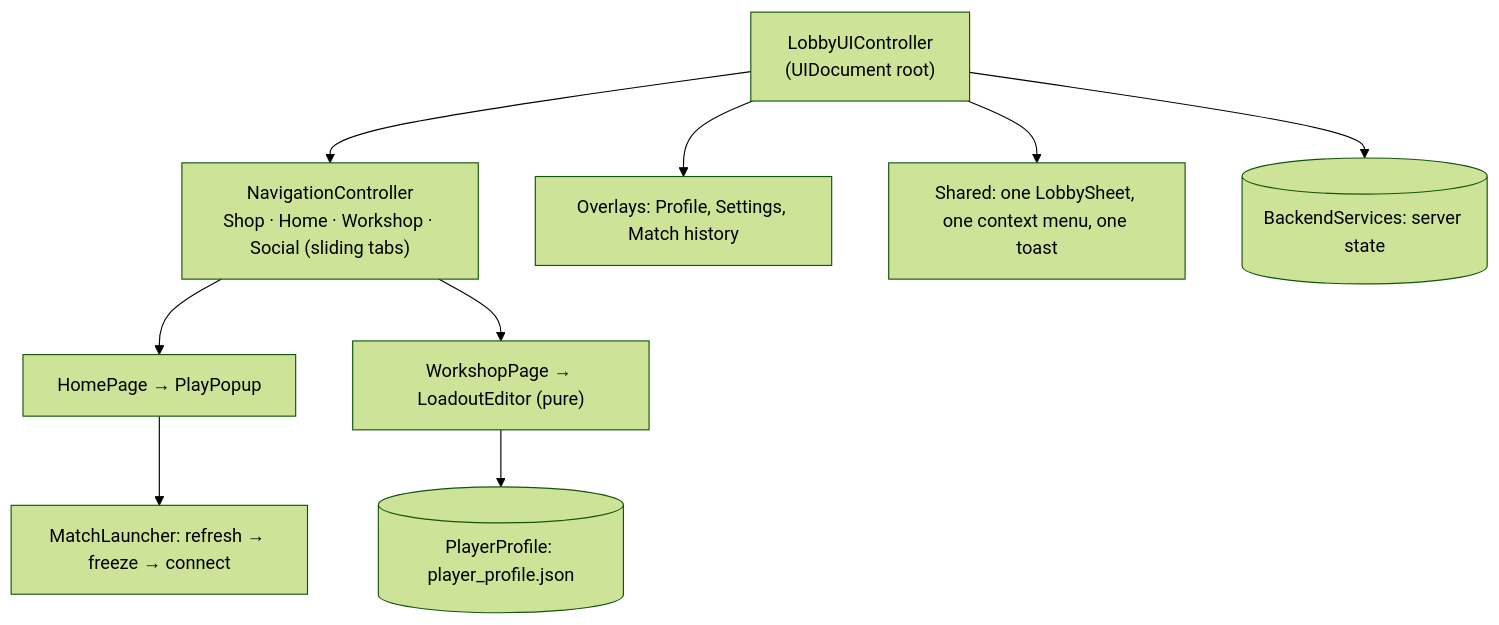
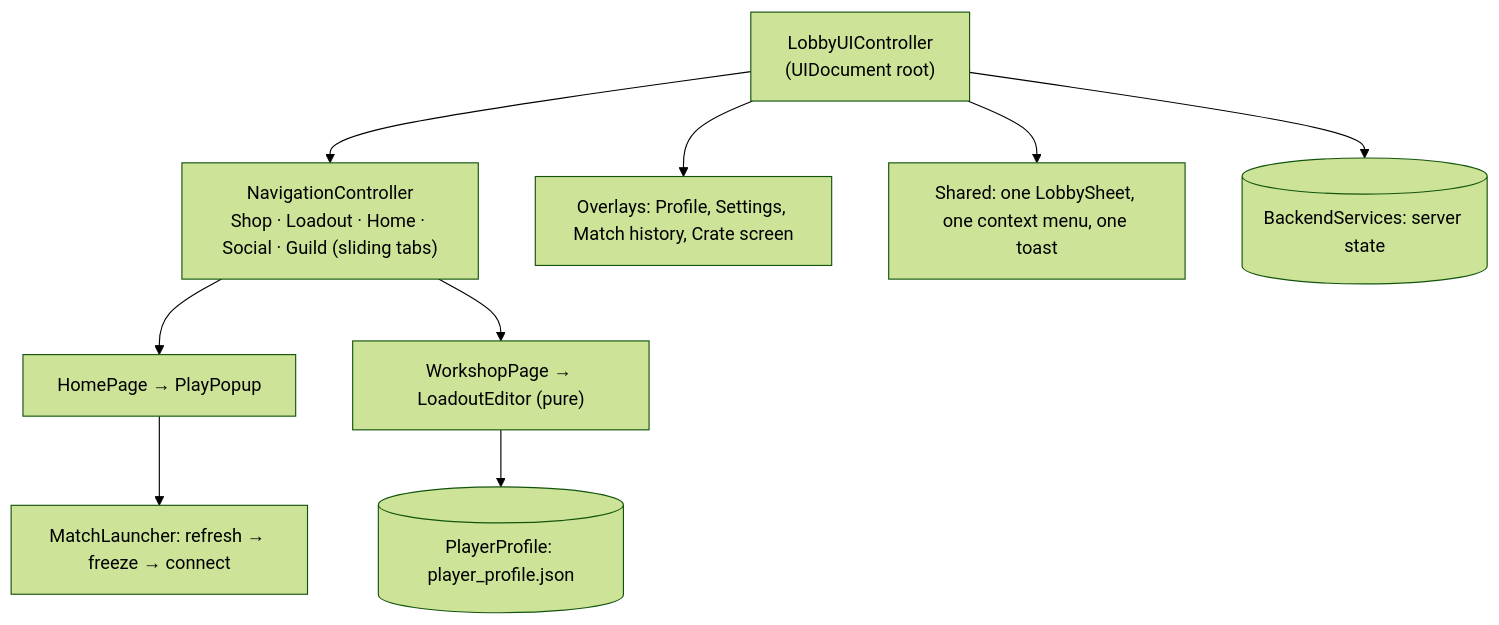
One commit to owen-donohoe/NodeGame changed the diagram in notes/1 Systems/Lobby UI.md. Above: the diagram before and after it, drawn with Mermaid (forest theme). The commit also changed other lines of this file and 3 other files, not shown here.

````diff
--- a/notes/1 Systems/Lobby UI.md
+++ b/notes/1 Systems/Lobby UI.md
@@ -37,11 +37,11 @@
 ```mermaid
 flowchart TB
-    LUC["LobbyUIController<br/>(UIDocument root)"] --> NAV["NavigationController<br/>Shop · Home · Workshop · Social (sliding tabs)"]
-    LUC --> OV["Overlays: Profile, Settings, Match history"]
+    LUC["LobbyUIController<br/>(UIDocument root)"] --> NAV["NavigationController<br/>Shop · Loadout · Home · Social · Guild (sliding tabs)"]
+    LUC --> OV["Overlays: Profile, Settings, Match history, Crate screen"]
     LUC --> SH["Shared: one LobbySheet, one context menu, one toast"]
     NAV --> HOME[HomePage → PlayPopup]
     NAV --> WS["WorkshopPage → LoadoutEditor (pure)"]
     HOME --> ML["MatchLauncher: refresh → freeze → connect"]
     WS --> PP[(PlayerProfile: player_profile.json)]
     LUC --> BS[(BackendServices: server state)]
 ```
````
